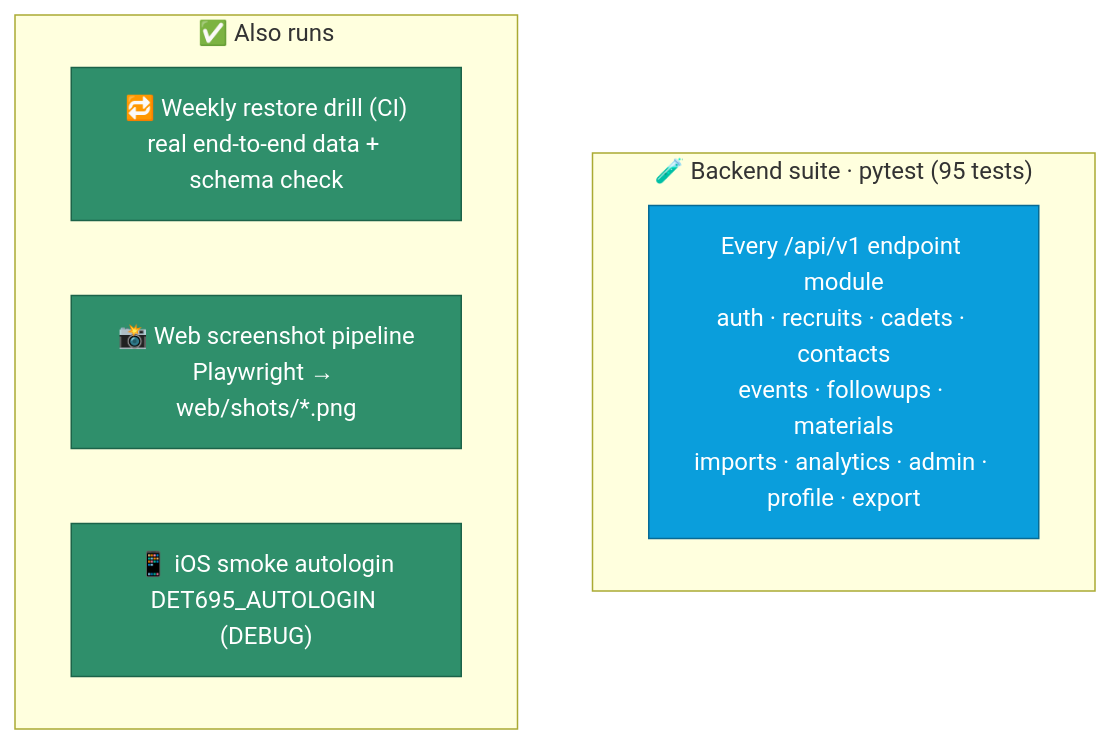
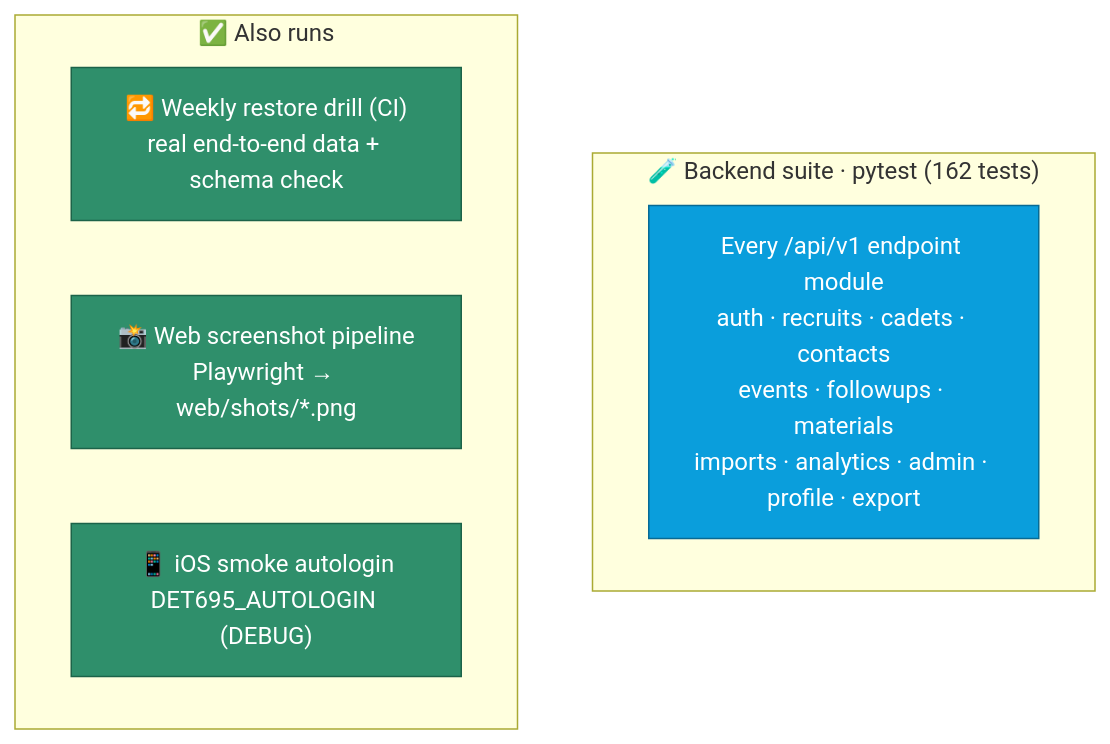
One commit to drewdog88/afrotc-native-ios changed the diagram in wiki/Testing.md. Above: the diagram before and after it, drawn with Mermaid. The commit also changed other lines of this file and 9 other files, not shown here.

````diff
--- a/wiki/Testing.md
+++ b/wiki/Testing.md
@@ -15,16 +15,16 @@
 ```mermaid
 flowchart TD
-    subgraph api["🧪 Backend suite · pytest (95 tests)"]
+    subgraph api["🧪 Backend suite · pytest (162 tests)"]
         UNIT["Every /api/v1 endpoint module<br>auth · recruits · cadets · contacts<br>events · followups · materials<br>imports · analytics · admin · profile · export"]
     end
     subgraph now["✅ Also runs"]
         DRILL["🔁 Weekly restore drill (CI)<br>real end-to-end data + schema check"]
         SHOTS["📸 Web screenshot pipeline<br>Playwright → web/shots/*.png"]
         SMOKE["📱 iOS smoke autologin<br>DET695_AUTOLOGIN (DEBUG)"]
     end
 
     classDef ok fill:#2f8f6b,stroke:#1c6349,color:#ffffff
     classDef test fill:#0A9EDC,stroke:#076a94,color:#ffffff
     class UNIT test
     class DRILL,SHOTS,SMOKE ok
 ```
````
